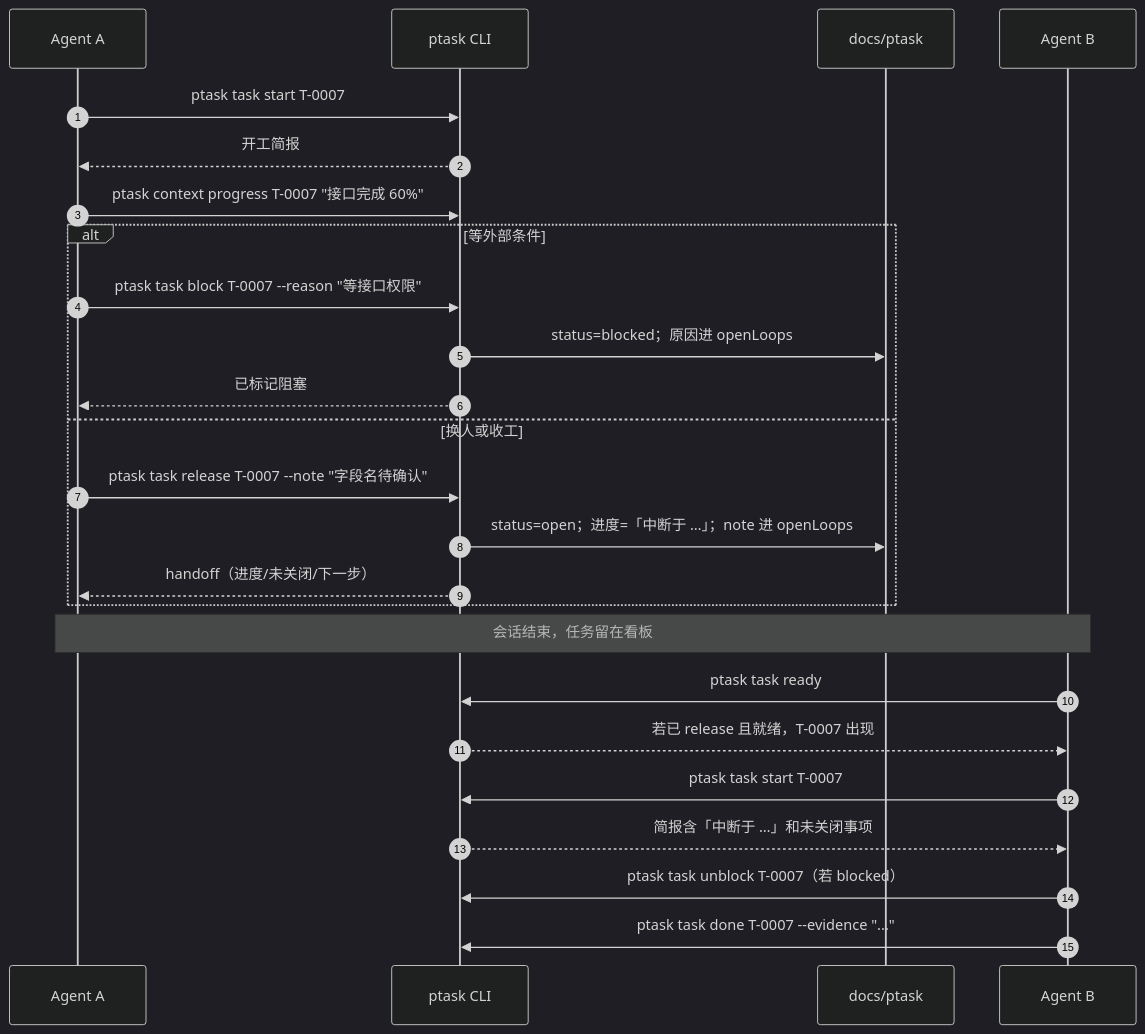
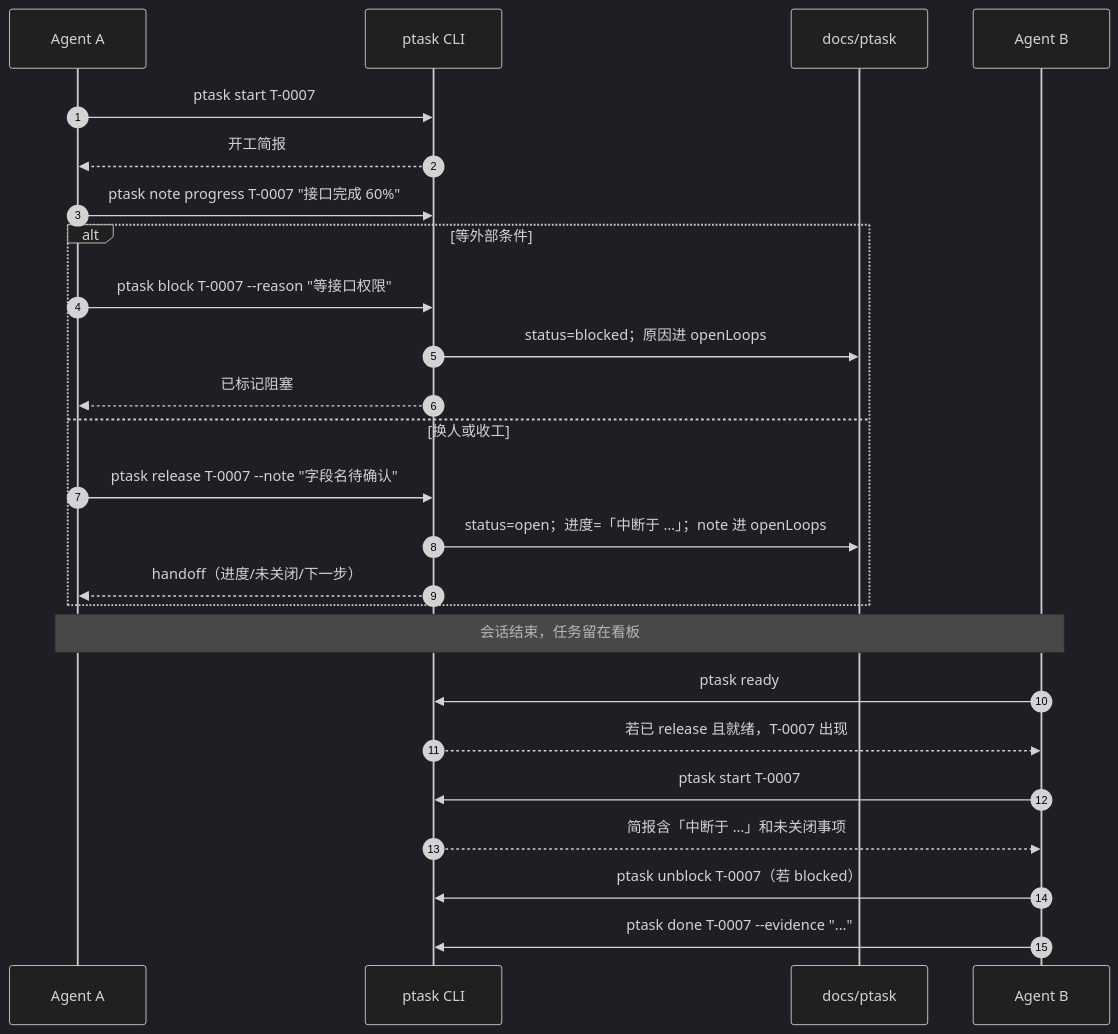
One commit to OptimisticGeek/dsh-project-todo changed the third of 5 diagrams in docs/HELP.md. Above: the diagram before and after it, drawn with Mermaid (dark theme). The commit also changed other lines of this file and 5 other files, not shown here.

First line of the commit message:
docs: v4.0.0 改名与渐进式视图文档

````diff
--- a/docs/HELP.md
+++ b/docs/HELP.md
@@ -306,28 +306,28 @@
 ```mermaid
 sequenceDiagram
   autonumber
   participant A as Agent A
   participant P as ptask CLI
   participant F as docs/ptask
   participant B as Agent B
 
-  A->>P: ptask task start T-0007
+  A->>P: ptask start T-0007
   P-->>A: 开工简报
-  A->>P: ptask context progress T-0007 "接口完成 60%"
+  A->>P: ptask note progress T-0007 "接口完成 60%"
   alt 等外部条件
-    A->>P: ptask task block T-0007 --reason "等接口权限"
+    A->>P: ptask block T-0007 --reason "等接口权限"
     P->>F: status=blocked；原因进 openLoops
     P-->>A: 已标记阻塞
   else 换人或收工
-    A->>P: ptask task release T-0007 --note "字段名待确认"
+    A->>P: ptask release T-0007 --note "字段名待确认"
     P->>F: status=open；进度=「中断于 …」；note 进 openLoops
     P-->>A: handoff（进度/未关闭/下一步）
   end
   Note over A,B: 会话结束，任务留在看板
-  B->>P: ptask task ready
+  B->>P: ptask ready
   P-->>B: 若已 release 且就绪，T-0007 出现
-  B->>P: ptask task start T-0007
+  B->>P: ptask start T-0007
   P-->>B: 简报含「中断于 …」和未关闭事项
-  B->>P: ptask task unblock T-0007（若 blocked）
-  B->>P: ptask task done T-0007 --evidence "..."
+  B->>P: ptask unblock T-0007（若 blocked）
+  B->>P: ptask done T-0007 --evidence "..."
 ```
````
